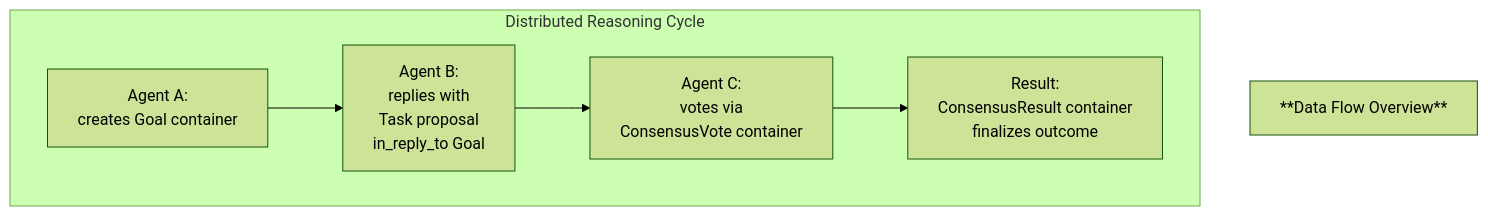
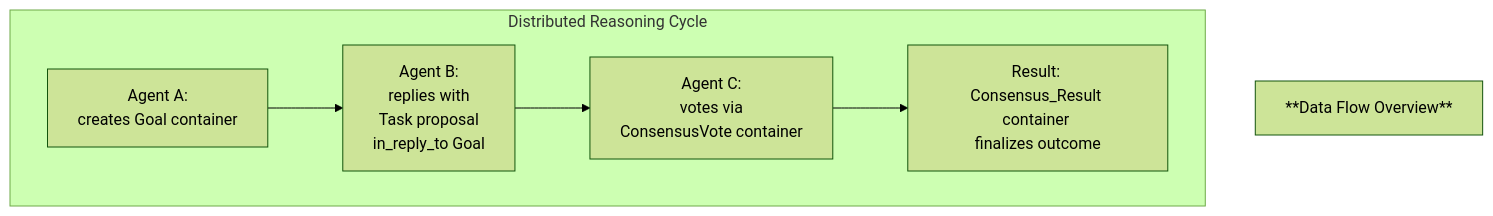
One commit to kagvi13/HMP changed the second of 4 diagrams in docs/HMP-0005.md. Above: the diagram before and after it, drawn with Mermaid (forest theme).

Commit message:
Rename ConsensusResult to Consensus_Result

````diff
--- a/docs/HMP-0005.md
+++ b/docs/HMP-0005.md
@@ -259,15 +259,15 @@
 ```mermaid
 flowchart TD
     title["**Data Flow Overview**"]
 
     A[Agent A: <br>creates Goal container]
     B[Agent B: <br>replies with <br>Task proposal <br>in_reply_to Goal]
     C[Agent C: <br>votes via <br>ConsensusVote container]
-    R[Result: <br>ConsensusResult container <br>finalizes outcome]
+    R[Result: <br>Consensus_Result container <br>finalizes outcome]
 
     subgraph Interaction["Distributed Reasoning Cycle"]
         A --> B
         B --> C
         C --> R
     end
 ```
````
